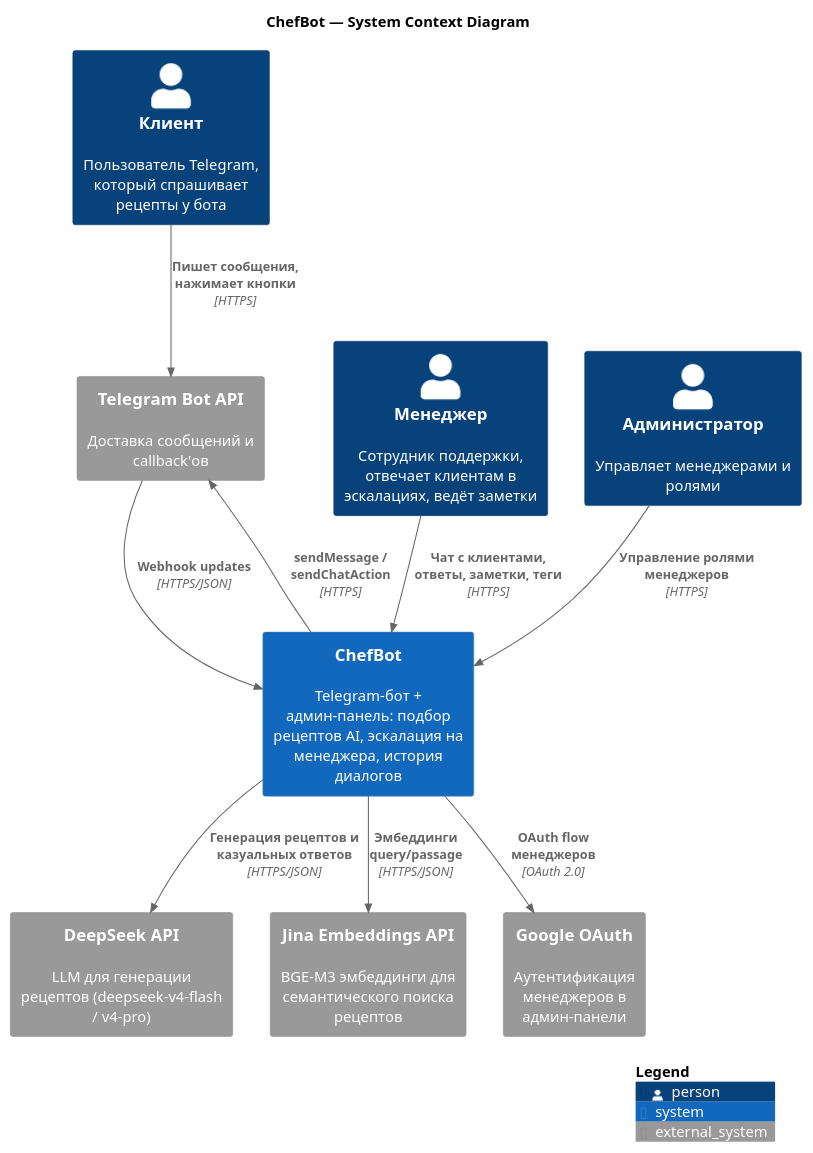
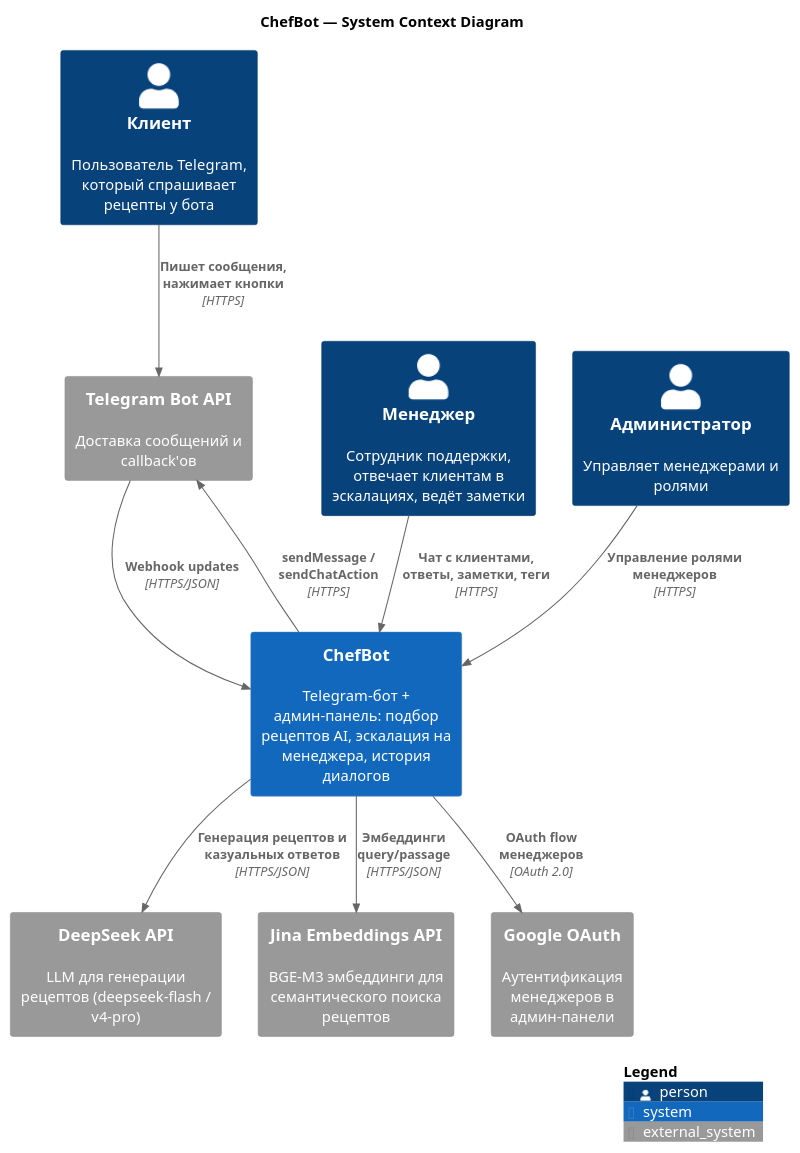
The diagram in docs/c4-context.puml (Uladzislau25/vibecoding), drawn with PlantUML before and after one commit. The commit also changed 8 other files, not shown here.

Commit message:
fix(models): normalize DeepSeek model ids to deepseek-flash across bot, admin and DB

```diff
--- a/docs/c4-context.puml
+++ b/docs/c4-context.puml
@@ -1,29 +1,29 @@
 @startuml C4-Context
 !include https://raw.githubusercontent.com/plantuml-stdlib/C4-PlantUML/master/C4_Context.puml
 
 title ChefBot — System Context Diagram
 
 Person(client, "Клиент", "Пользователь Telegram, который спрашивает рецепты у бота")
 Person(manager, "Менеджер", "Сотрудник поддержки, отвечает клиентам в эскалациях, ведёт заметки")
 Person(admin, "Администратор", "Управляет менеджерами и ролями")
 
 System(chefbot, "ChefBot", "Telegram-бот + админ-панель: подбор рецептов AI, эскалация на менеджера, история диалогов")
 
 System_Ext(telegram, "Telegram Bot API", "Доставка сообщений и callback'ов")
-System_Ext(deepseek, "DeepSeek API", "LLM для генерации рецептов (deepseek-v4-flash / v4-pro)")
+System_Ext(deepseek, "DeepSeek API", "LLM для генерации рецептов (deepseek-flash / v4-pro)")
 System_Ext(jina, "Jina Embeddings API", "BGE-M3 эмбеддинги для семантического поиска рецептов")
 System_Ext(google, "Google OAuth", "Аутентификация менеджеров в админ-панели")
 
 Rel(client, telegram, "Пишет сообщения, нажимает кнопки", "HTTPS")
 Rel(telegram, chefbot, "Webhook updates", "HTTPS/JSON")
 Rel(chefbot, telegram, "sendMessage / sendChatAction", "HTTPS")
 
 Rel(manager, chefbot, "Чат с клиентами, ответы, заметки, теги", "HTTPS")
 Rel(admin, chefbot, "Управление ролями менеджеров", "HTTPS")
 
 Rel(chefbot, deepseek, "Генерация рецептов и казуальных ответов", "HTTPS/JSON")
 Rel(chefbot, jina, "Эмбеддинги query/passage", "HTTPS/JSON")
 Rel(chefbot, google, "OAuth flow менеджеров", "OAuth 2.0")
 
 SHOW_LEGEND()
 @enduml
```
